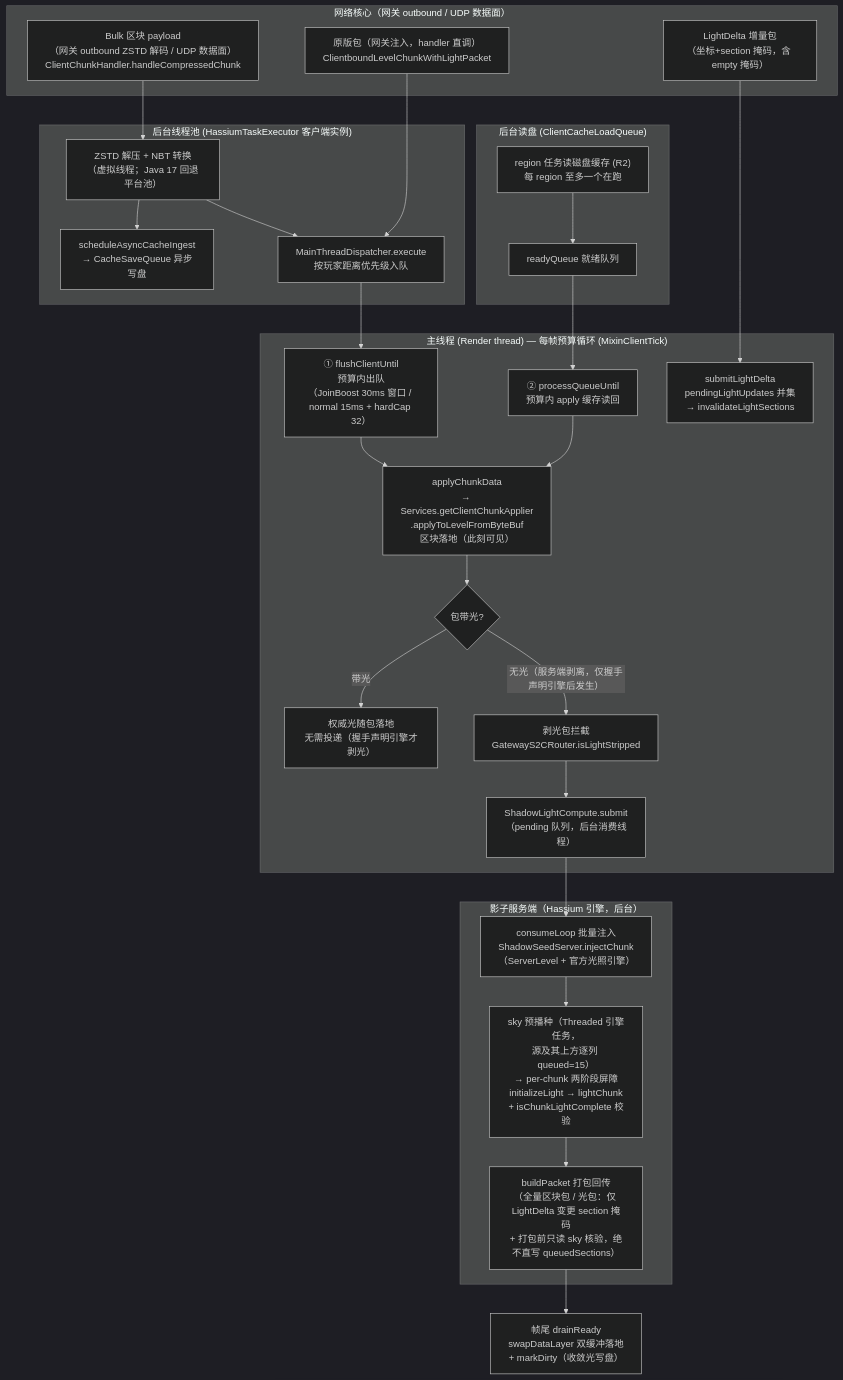
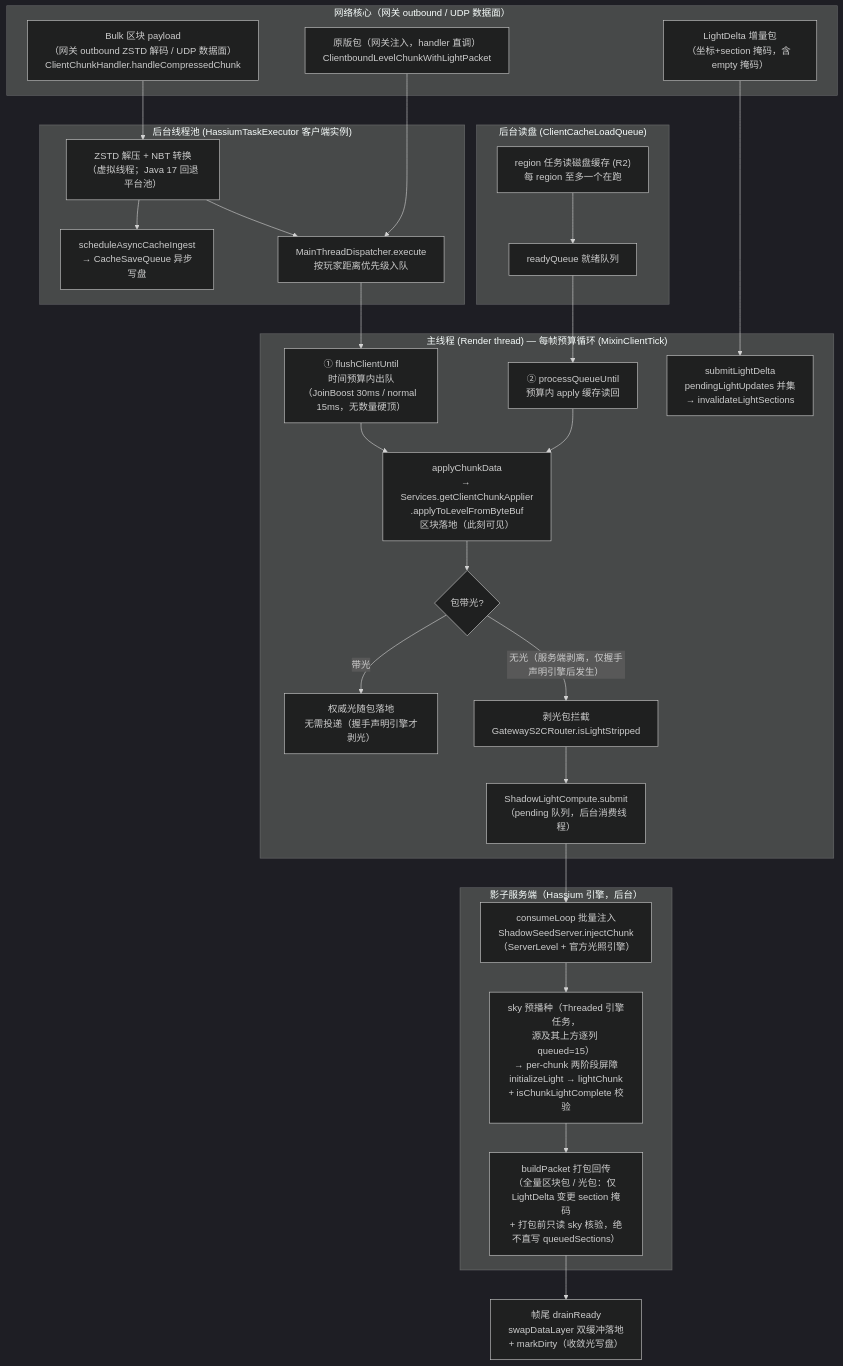
The diagram in docs/client-chunk-light-flow.md (limuqy/Hassium), drawn with Mermaid (dark theme) before and after one commit. The commit also changed other lines of this file and 15 other files, not shown here.

````diff
--- a/docs/client-chunk-light-flow.md
+++ b/docs/client-chunk-light-flow.md
@@ -17,51 +17,51 @@
 ```mermaid
 flowchart TD
     subgraph GW["网络核心（网关 outbound / UDP 数据面）"]
         A["Bulk 区块 payload<br/>（网关 outbound ZSTD 解码 / UDP 数据面）<br/>ClientChunkHandler.handleCompressedChunk"]
         B["原版包（网关注入，handler 直调）<br/>ClientboundLevelChunkWithLightPacket"]
         C["LightDelta 增量包<br/>（坐标+section 掩码，含 empty 掩码）"]
     end
 
     subgraph BG["后台线程池 (HassiumTaskExecutor 客户端实例)"]
         D["ZSTD 解压 + NBT 转换<br/>（虚拟线程；Java 17 回退平台池）"]
         E["scheduleAsyncCacheIngest<br/>→ CacheSaveQueue 异步写盘"]
         F["MainThreadDispatcher.execute<br/>按玩家距离优先级入队"]
     end
 
     subgraph BG2["后台读盘 (ClientCacheLoadQueue)"]
         U["region 任务读磁盘缓存 (R2)<br/>每 region 至多一个在跑"]
         V["readyQueue 就绪队列"]
     end
 
     subgraph MAIN["主线程 (Render thread) — 每帧预算循环 (MixinClientTick)"]
-        G["① flushClientUntil<br/>预算内出队<br/>（JoinBoost 30ms 窗口 / normal 15ms + hardCap 32）"]
+        G["① flushClientUntil<br/>时间预算内出队<br/>（JoinBoost 30ms / normal 15ms，无数量硬顶）"]
         G2["② processQueueUntil<br/>预算内 apply 缓存读回"]
         H["applyChunkData<br/>→ Services.getClientChunkApplier<br/>.applyToLevelFromByteBuf<br/>区块落地（此刻可见）"]
         I{"包带光?"}
         J["权威光随包落地<br/>无需投递（握手声明引擎才剥光）"]
         K["剥光包拦截<br/>GatewayS2CRouter.isLightStripped"]
         K2["ShadowLightCompute.submit<br/>（pending 队列，后台消费线程）"]
         P["submitLightDelta<br/>pendingLightUpdates 并集<br/>→ invalidateLightSections"]
     end
 
     subgraph SHADOW["影子服务端（Hassium 引擎，后台）"]
         Q["consumeLoop 批量注入<br/>ShadowSeedServer.injectChunk<br/>（ServerLevel + 官方光照引擎）"]
         R["sky 预播种（Threaded 引擎任务，<br/>源及其上方逐列 queued=15）<br/>→ per-chunk 两阶段屏障<br/>initializeLight → lightChunk<br/>+ isChunkLightComplete 校验"]
         S["buildPacket 打包回传<br/>（全量区块包 / 光包：仅 LightDelta 变更 section 掩码<br/>+ 打包前只读 sky 核验，绝不直写 queuedSections）"]
     end
 
     A --> D --> E
     D --> F
     B --> F
     U --> V
     F --> G
     V --> G2
     G --> H
     G2 --> H
     H --> I
     I -- "带光" --> J
     I -- "无光（服务端剥离，仅握手声明引擎后发生）" --> K
     K --> K2 --> Q --> R --> S
     C --> P
     S --> T["帧尾 drainReady<br/>swapDataLayer 双缓冲落地<br/>+ markDirty（收敛光写盘）"]
 ```
````
